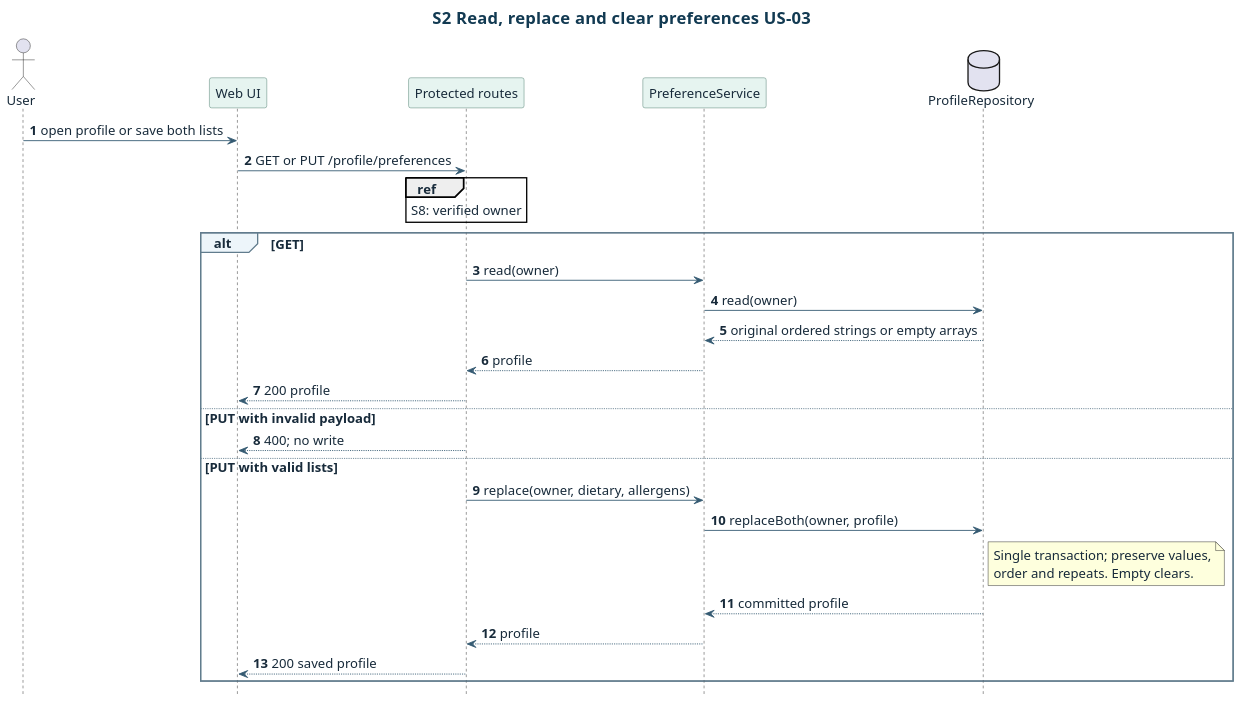
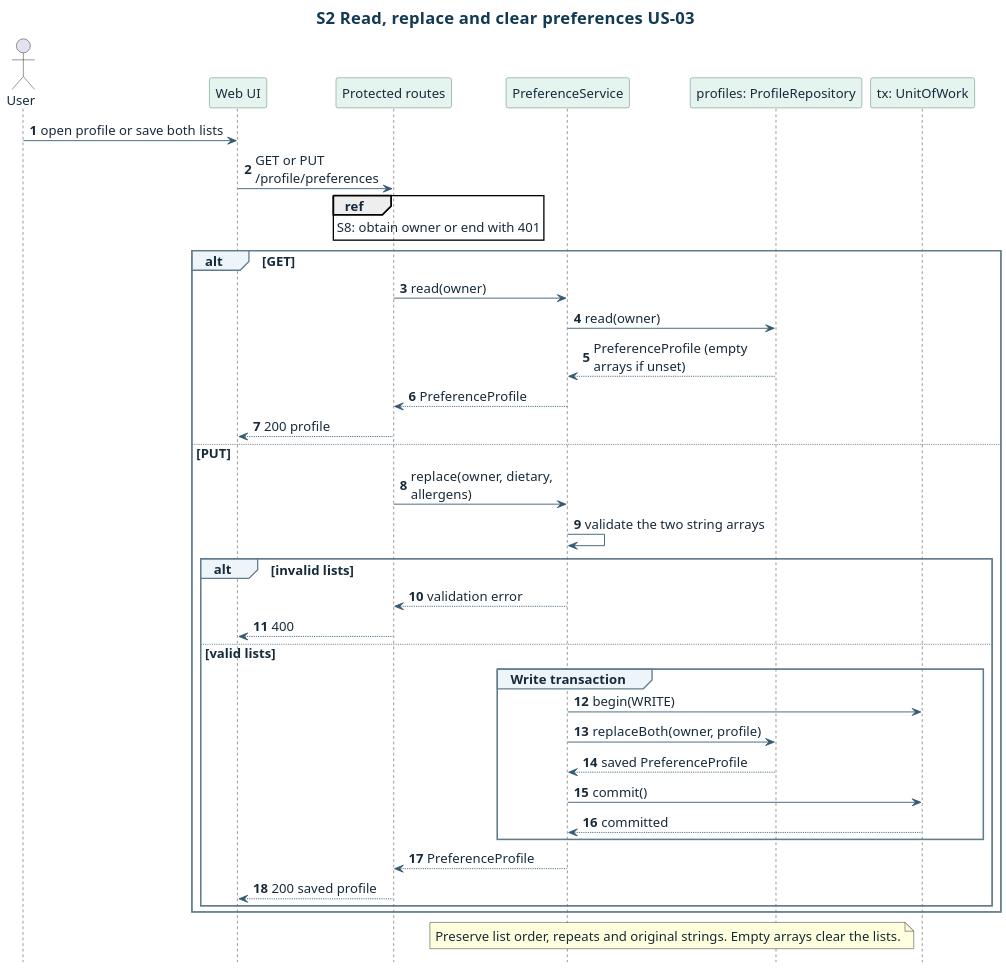
Before and after one commit to SarpCizer/CMPE331-Project: the diagram in docs/design/sequence/preferences.puml, drawn with PlantUML. The commit also changed 15 other files, not shown here.

Commit message:
docs: validate requests in services and reply after commit

```diff
--- a/docs/design/sequence/preferences.puml
+++ b/docs/design/sequence/preferences.puml
@@ -1,50 +1,59 @@
 @startuml
 title S2  Read, replace and clear preferences  US-03
 skinparam backgroundColor #FFFFFF
 skinparam defaultFontName Arial
 skinparam defaultFontColor #172A3A
 skinparam defaultFontSize 15
 skinparam ArrowColor #345A72
 skinparam Shadowing false
 skinparam dpi 150
 skinparam TitleFontColor #123A52
 skinparam TitleFontSize 19
 skinparam ClassBackgroundColor #EDF5FA
 skinparam ClassBorderColor #456F89
 skinparam ComponentBackgroundColor #EDF5FA
 skinparam ComponentBorderColor #456F89
 skinparam PackageBorderColor #456F89
 skinparam ParticipantBackgroundColor #E6F4F0
 skinparam ParticipantBorderColor #417364
 skinparam SequenceGroupBackgroundColor #EDF5FA
 skinparam SequenceGroupBorderColor #617C8D
 hide footbox
 autonumber
+skinparam maxMessageSize 220
 actor User
 participant "Web UI" as UI
 participant "Protected routes" as API
+
 participant PreferenceService as Pref
-database "ProfileRepository" as Store
+participant "profiles: ProfileRepository" as Profiles
+participant "tx: UnitOfWork" as Tx
 User -> UI : open profile or save both lists
 UI -> API : GET or PUT /profile/preferences
-ref over API : S8: verified owner
+ref over API : S8: obtain owner or end with 401
 alt GET
   API -> Pref : read(owner)
-  Pref -> Store : read(owner)
-  Store --> Pref : original ordered strings or empty arrays
-  Pref --> API : profile
+  Pref -> Profiles : read(owner)
+  Profiles --> Pref : PreferenceProfile (empty arrays if unset)
+  Pref --> API : PreferenceProfile
   API --> UI : 200 profile
-else PUT with invalid payload
-  API --> UI : 400; no write
-else PUT with valid lists
+else PUT
   API -> Pref : replace(owner, dietary, allergens)
-  Pref -> Store : replaceBoth(owner, profile)
-  note right of Store
-    Single transaction; preserve values,
-    order and repeats. Empty clears.
-  end note
-  Store --> Pref : committed profile
-  Pref --> API : profile
-  API --> UI : 200 saved profile
+  Pref -> Pref : validate the two string arrays
+  alt invalid lists
+    Pref --> API : validation error
+    API --> UI : 400
+  else valid lists
+    group Write transaction
+      Pref -> Tx : begin(WRITE)
+      Pref -> Profiles : replaceBoth(owner, profile)
+      Profiles --> Pref : saved PreferenceProfile
+      Pref -> Tx : commit()
+      Tx --> Pref : committed
+    end
+    Pref --> API : PreferenceProfile
+    API --> UI : 200 saved profile
+  end
 end
+note over Pref, Profiles : Preserve list order, repeats and original strings. Empty arrays clear the lists.
 @enduml
```
